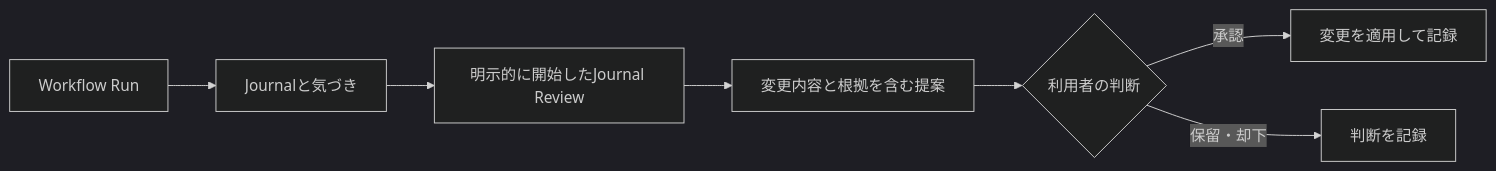
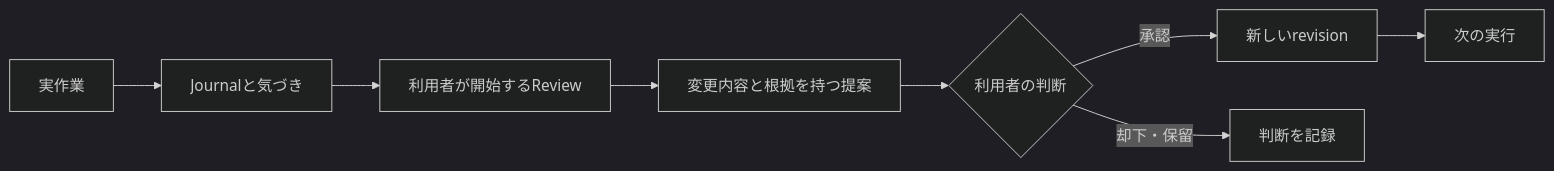
One commit to Memoria-ll/agent-asset-control-layer-personal changed the fourth of 4 diagrams in README.ja.md. Above: the diagram before and after it, drawn with Mermaid (dark theme). The commit also changed other lines of this file and 1 other file, not shown here.

````diff
--- a/README.ja.md
+++ b/README.ja.md
@@ -182,9 +83,10 @@
 ```mermaid
 flowchart LR
-    Run[Workflow Run] --> Journal[Journalと気づき]
-    Journal --> Review[明示的に開始したJournal Review]
-    Review --> Proposal[変更内容と根拠を含む提案]
+    Work[実作業] --> Journal[Journalと気づき]
+    Journal --> Review[利用者が開始するReview]
+    Review --> Proposal[変更内容と根拠を持つ提案]
     Proposal --> Decision{利用者の判断}
-    Decision -->|承認| Apply[変更を適用して記録]
-    Decision -->|保留・却下| Record[判断を記録]
+    Decision -->|承認| Revision[新しいrevision]
+    Decision -->|却下・保留| History[判断を記録]
+    Revision --> Next[次の実行]
 ```
````
